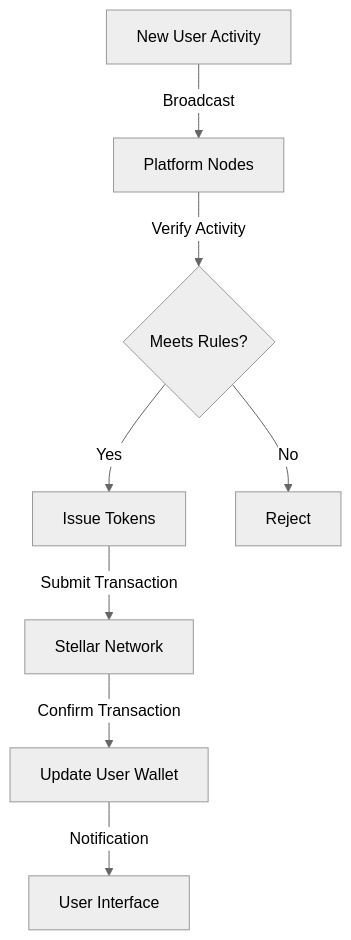
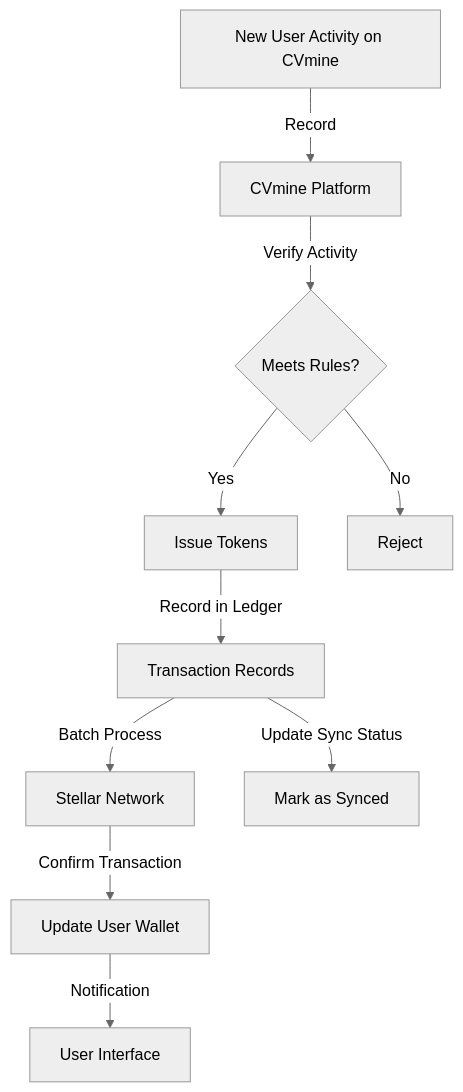
The ninth of 17 diagrams in whitepaper.md (karthikhosur/italtoken), drawn with Mermaid (neutral theme) before and after one commit. The commit also changed other lines of this file, not shown here.

````diff
--- a/whitepaper.md
+++ b/whitepaper.md
@@ -359,10 +398,12 @@
 ```mermaid
 graph TD
-    A[New User Activity] -->|Broadcast| B[Platform Nodes]
+    A[New User Activity on CVmine] -->|Record| B[CVmine Platform]
     B -->|Verify Activity| C{Meets Rules?}
     C -->|Yes| D[Issue Tokens]
     C -->|No| E[Reject]
-    D -->|Submit Transaction| F[Stellar Network]
-    F -->|Confirm Transaction| G[Update User Wallet]
-    G -->|Notification| H[User Interface]
+    D -->|Record in Ledger| F[Transaction Records]
+    F -->|Batch Process| G[Stellar Network]
+    G -->|Confirm Transaction| H[Update User Wallet]
+    H -->|Notification| I[User Interface]
+    F -->|Update Sync Status| J[Mark as Synced]
 ```
````
